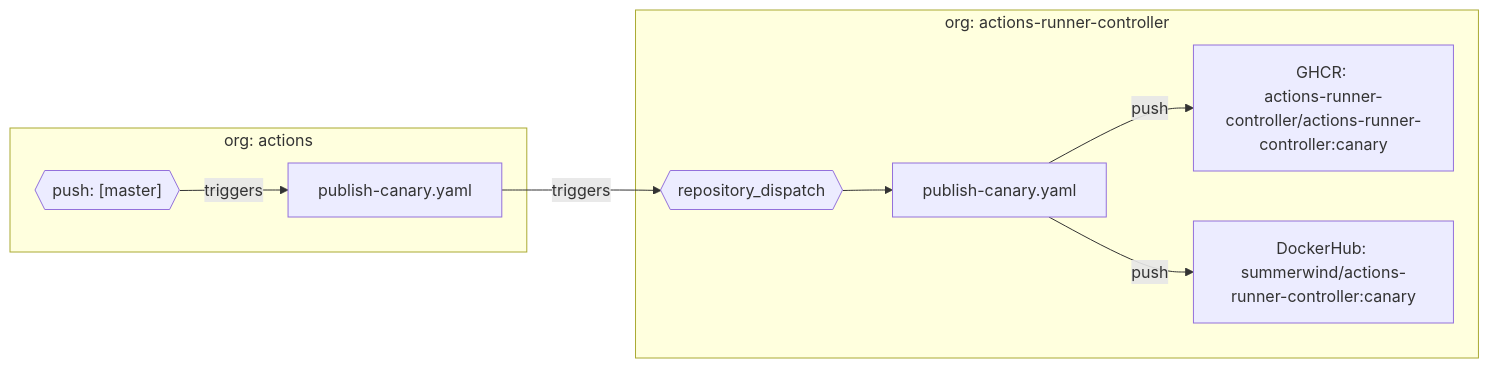
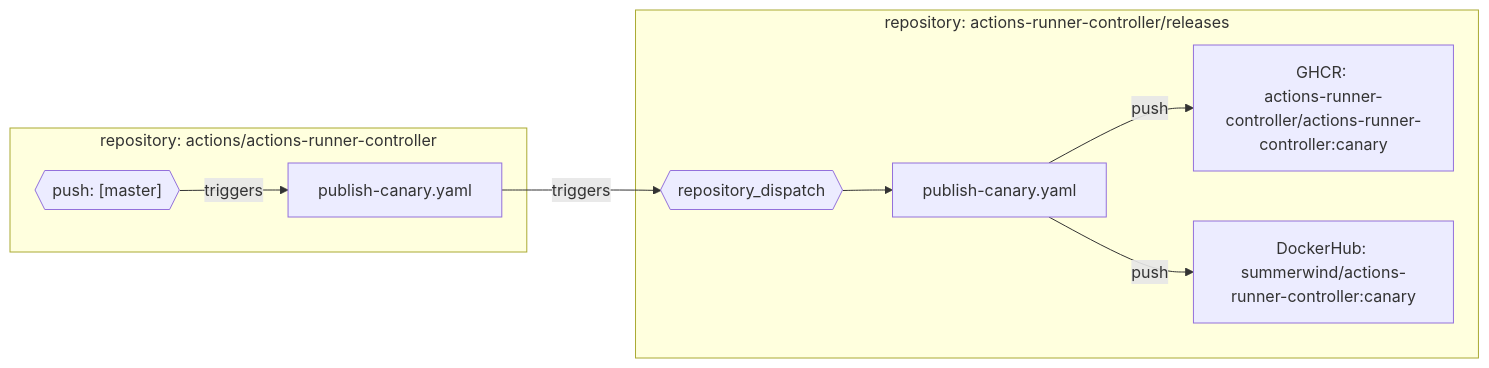
Before and after one commit to actions-runner-controller/releases: the third of 3 diagrams in README.md, drawn with Mermaid. The commit also changed other lines of this file, not shown here.

````diff
--- a/README.md
+++ b/README.md
@@ -79,11 +79,11 @@
 ```mermaid
 flowchart LR
-    subgraph org: actions
+    subgraph repository: actions/actions-runner-controller
     event_a{{"push: [master]"}} -- triggers --> workflow_a["publish-canary.yaml"]
     end
-    subgraph org: actions-runner-controller
+    subgraph repository: actions-runner-controller/releases
     workflow_a["publish-canary.yaml"] -- triggers --> event_d{{"repository_dispatch"}} --> workflow_b["publish-canary.yaml"]
     workflow_b["publish-canary.yaml"] -- push --> A["GHCR: \nactions-runner-controller/actions-runner-controller:canary"]
     workflow_b["publish-canary.yaml"] -- push --> B["DockerHub: \nsummerwind/actions-runner-controller:canary"]
     end
 ```
````
